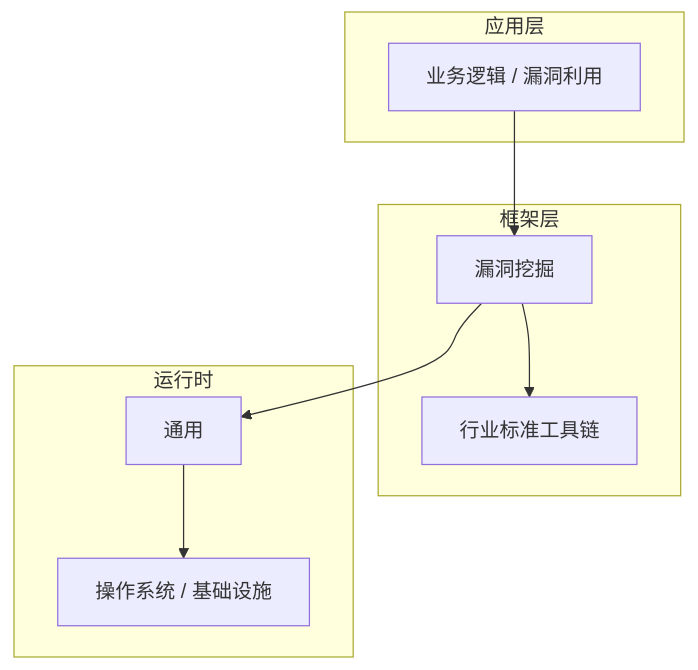
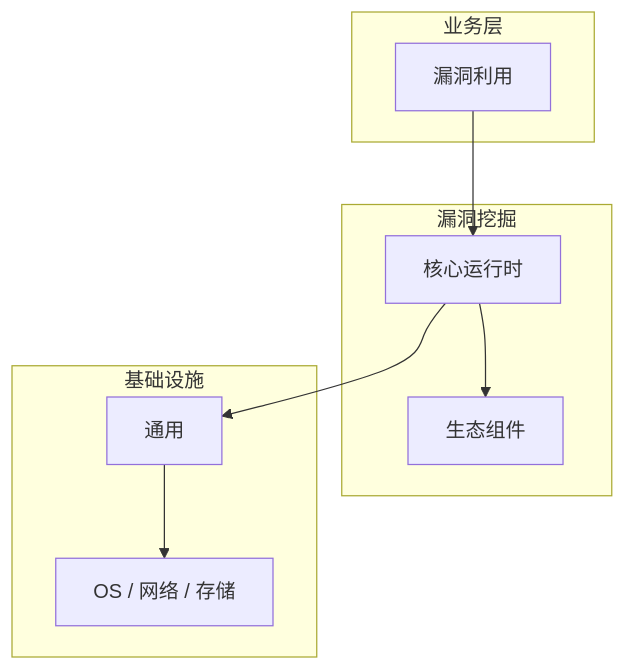
The diagram in articles/漏洞挖掘/chapters/036-风险验证核心概念与原理.md (yanggan2015/knowledge-json-v2), drawn with Mermaid before and after one commit. The commit also changed other lines of this file and 10127 other files, not shown here.

````diff
--- a/articles/漏洞挖掘/chapters/036-风险验证核心概念与原理.md
+++ b/articles/漏洞挖掘/chapters/036-风险验证核心概念与原理.md
@@ -46,18 +31,18 @@
 ```mermaid
 graph TB
-    subgraph 应用层
-        A[业务逻辑 / 漏洞利用]
+    subgraph 业务层
+        A[漏洞利用]
     end
-    subgraph 框架层
-        B[漏洞挖掘]
-        C[行业标准工具链]
+    subgraph 漏洞挖掘
+        B[核心运行时]
+        C[生态组件]
     end
-    subgraph 运行时
+    subgraph 基础设施
         D[通用]
-        E[操作系统 / 基础设施]
+        E[OS / 网络 / 存储]
     end
     A --> B
     B --> C
     B --> D
     D --> E
 ```
````
